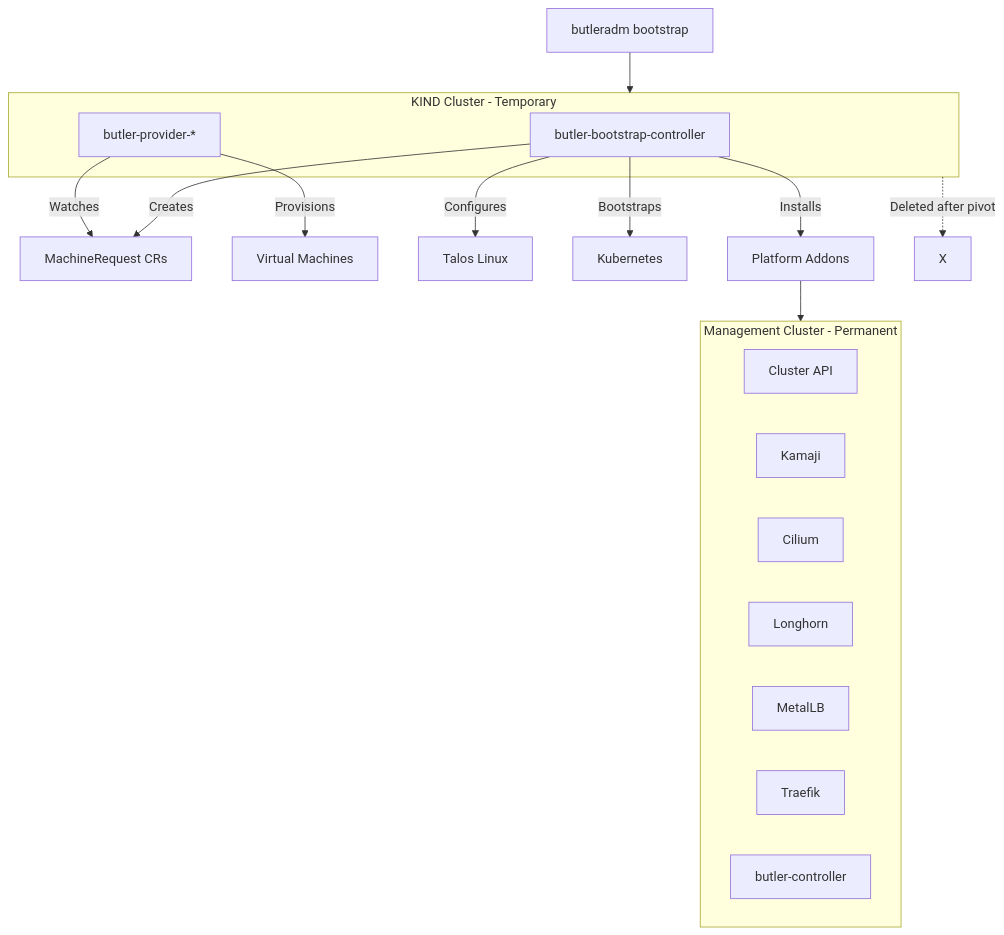
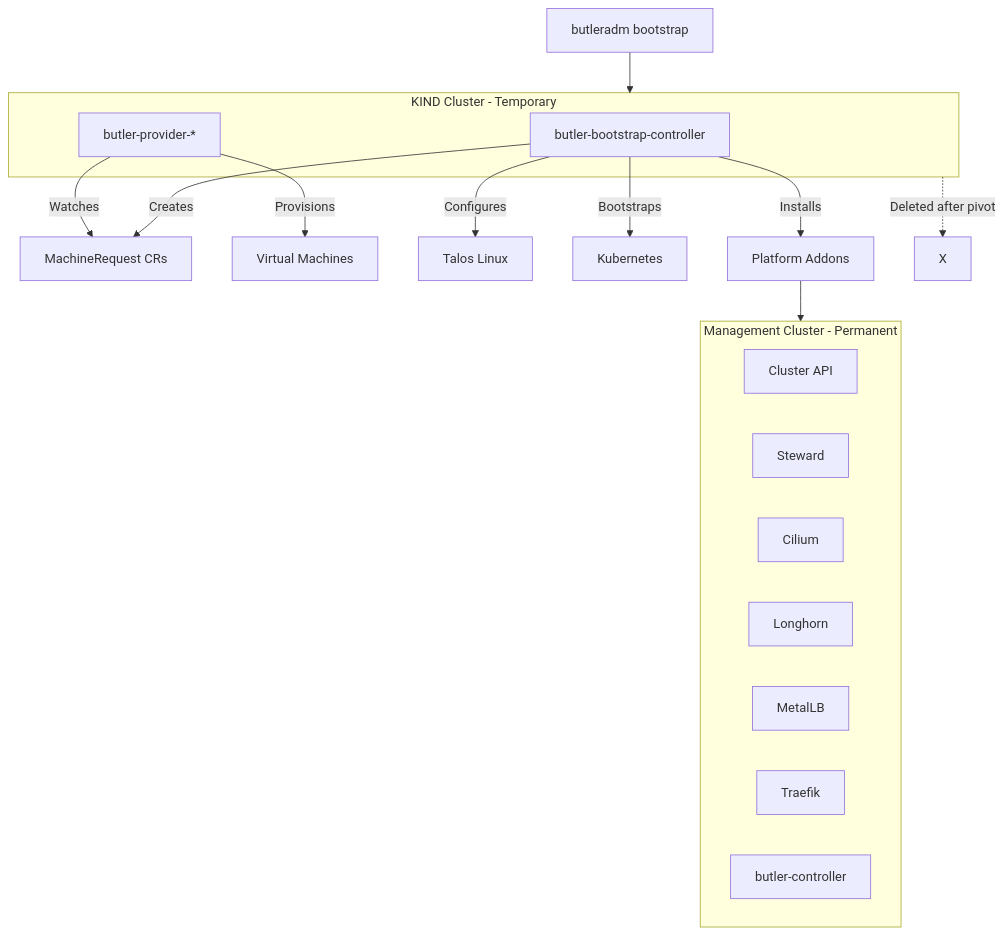
The diagram in README.md (butlerdotdev/butler-bootstrap), drawn with Mermaid before and after one commit. The commit also changed other lines of this file and 1 other file, not shown here.

Commit message:
docs: enhance CONTRIBUTING.md and fix Steward references
- Replace basic DCO-only CONTRIBUTING.md with comprehensive development
  guide including bootstrap phases, testing patterns, and conventions
- Fix Kamaji references to Steward in architecture diagram and addon
  installation order

````diff
--- a/README.md
+++ b/README.md
@@ -30,31 +30,31 @@
 ```mermaid
 flowchart TD
     CLI[butleradm bootstrap]
     CLI --> KIND[KIND Cluster]
     
     subgraph KIND[KIND Cluster - Temporary]
         BC[butler-bootstrap-controller]
         PH[butler-provider-*]
     end
     
     BC -->|Creates| MR[MachineRequest CRs]
     PH -->|Watches| MR
     PH -->|Provisions| VMs[Virtual Machines]
     
     BC -->|Configures| Talos[Talos Linux]
     BC -->|Bootstraps| K8s[Kubernetes]
     BC -->|Installs| Addons[Platform Addons]
     
     subgraph MC[Management Cluster - Permanent]
         CAPI[Cluster API]
-        Kamaji[Kamaji]
+        Steward[Steward]
         Cilium[Cilium]
         Longhorn[Longhorn]
         MetalLB[MetalLB]
         Traefik[Traefik]
         Butler[butler-controller]
     end
     
     Addons --> MC
     KIND -.->|Deleted after pivot| X[X]
 ```
````
